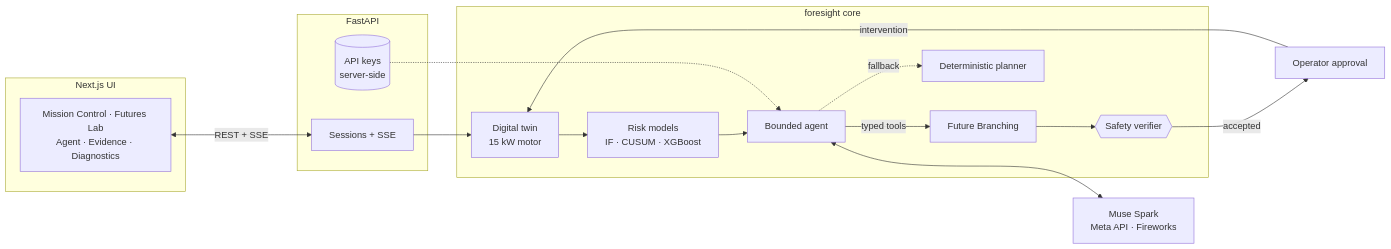
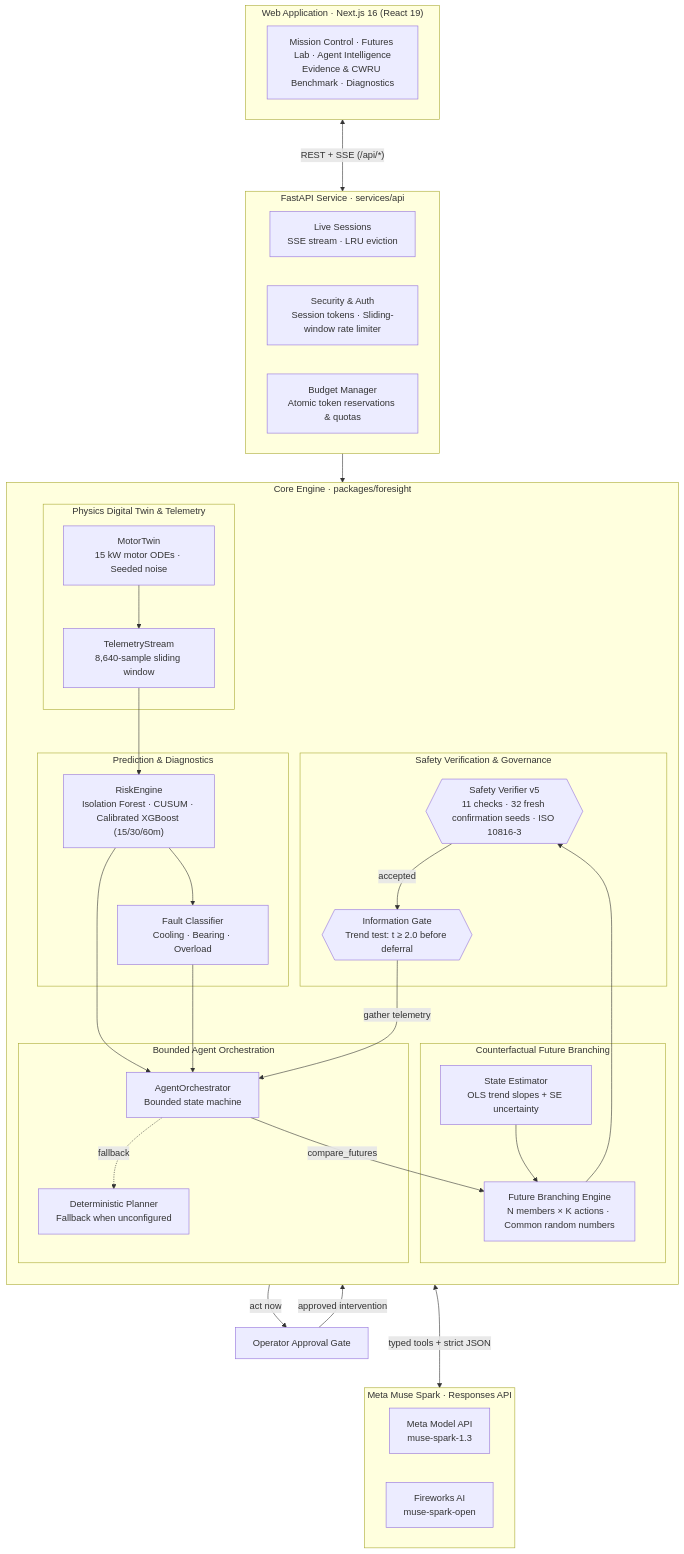
The diagram in README.md (leninathikam/Foresight-AI), drawn with Mermaid before and after one commit. The commit also changed 1 other file, not shown here.

Commit message:
docs: update system architecture diagram with Verifier v5, Information Gate, and security layers

````diff
--- a/README.md
+++ b/README.md
@@ -24,25 +24,61 @@
 ```mermaid
-flowchart LR
-    subgraph Web["Next.js UI"]
-        UI["Mission Control · Futures Lab<br/>Agent · Evidence · Diagnostics"]
+flowchart TB
+    subgraph Web["Web Application · Next.js 16 (React 19)"]
+        UI["Mission Control · Futures Lab · Agent Intelligence<br/>Evidence & CWRU Benchmark · Diagnostics"]
     end
-    subgraph API["FastAPI"]
-        S["Sessions + SSE"]
-        K[("API keys<br/>server-side")]
+
+    subgraph API["FastAPI Service · services/api"]
+        direction LR
+        SS["Live Sessions<br/>SSE stream · LRU eviction"]
+        SEC["Security & Auth<br/>Session tokens · Sliding-window rate limiter"]
+        BUD["Budget Manager<br/>Atomic token reservations & quotas"]
     end
-    subgraph Core["foresight core"]
-        TW["Digital twin<br/>15 kW motor"] --> RK["Risk models<br/>IF · CUSUM · XGBoost"]
-        RK --> AG["Bounded agent"]
-        AG -->|"typed tools"| FB["Future Branching"]
-        FB --> VF{{"Safety verifier"}}
-        AG -.->|fallback| PL["Deterministic planner"]
+
+    subgraph Core["Core Engine · packages/foresight"]
+        direction TB
+        subgraph TwinLayer["Physics Digital Twin & Telemetry"]
+            TW["MotorTwin<br/>15 kW motor ODEs · Seeded noise"] --> TE["TelemetryStream<br/>8,640-sample sliding window"]
+        end
+
+        subgraph PredictLayer["Prediction & Diagnostics"]
+            TE --> RE["RiskEngine<br/>Isolation Forest · CUSUM · Calibrated XGBoost (15/30/60m)"]
+            RE --> CLS["Fault Classifier<br/>Cooling · Bearing · Overload"]
+        end
+
+        subgraph AgentLayer["Bounded Agent Orchestration"]
+            OR["AgentOrchestrator<br/>Bounded state machine"]
+            PL["Deterministic Planner<br/>Fallback when unconfigured"]
+            OR -.->|fallback| PL
+        end
+
+        subgraph BranchLayer["Counterfactual Future Branching"]
+            SE["State Estimator<br/>OLS trend slopes + SE uncertainty"]
+            FB["Future Branching Engine<br/>N members × K actions · Common random numbers"]
+            SE --> FB
+        end
+
+        subgraph SafetyLayer["Safety Verification & Governance"]
+            VF{{"Safety Verifier v5<br/>11 checks · 32 fresh confirmation seeds · ISO 10816-3"}}
+            IG{{"Information Gate<br/>Trend test: t ≥ 2.0 before deferral"}}
+            VF -->|accepted| IG
+        end
     end
-    LLM["Muse Spark<br/>Meta API · Fireworks"]
 
-    UI <--->|"REST + SSE"| S
-    S --> TW
-    K -.-> AG
-    AG <---> LLM
-    VF -->|accepted| HA["Operator approval"]
-    HA -->|"intervention"| TW
+    subgraph LLM["Meta Muse Spark · Responses API"]
+        direction LR
+        META["Meta Model API<br/>muse-spark-1.3"]
+        FW["Fireworks AI<br/>muse-spark-open"]
+    end
+
+    %% Wiring
+    Web <--->|"REST + SSE (/api/*)"| API
+    API --> TW
+    RE --> OR
+    CLS --> OR
+    OR <--->|"typed tools + strict JSON"| LLM
+    OR -->|"compare_futures"| FB
+    FB --> VF
+    IG -->|gather telemetry| OR
+    IG -->|act now| HA["Operator Approval Gate"]
+    HA -->|"approved intervention"| TW
 ```
````
